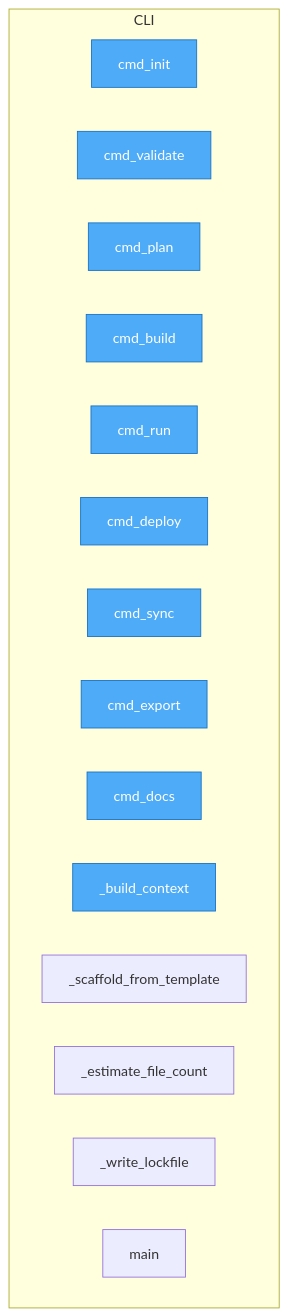
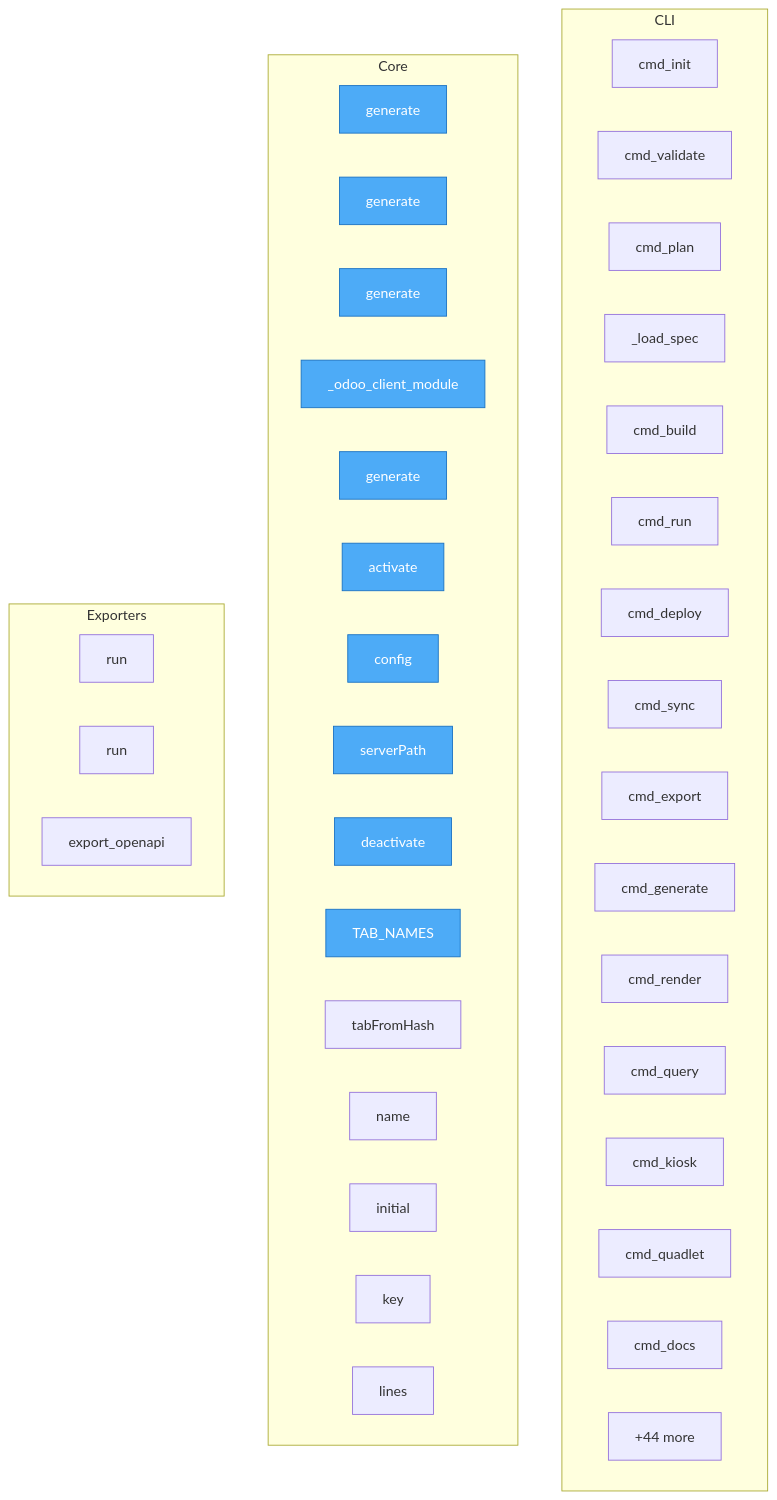
One commit to oqlos/doql changed the diagram in project/flow.mmd. Above: the diagram before and after it, drawn with Mermaid. The commit also changed 44 other files, not shown here.

```diff
--- a/project/flow.mmd
+++ b/project/flow.mmd
@@ -1,23 +1,50 @@
 flowchart TD
 
     %% Entry points (blue)
     classDef entry fill:#4dabf7,stroke:#1971c2,color:#fff
 
     subgraph CLI
         doql__cli__cmd_init["cmd_init"]
         doql__cli__cmd_validate["cmd_validate"]
         doql__cli__cmd_plan["cmd_plan"]
+        doql__cli___load_spec["_load_spec"]
         doql__cli__cmd_build["cmd_build"]
         doql__cli__cmd_run["cmd_run"]
         doql__cli__cmd_deploy["cmd_deploy"]
         doql__cli__cmd_sync["cmd_sync"]
         doql__cli__cmd_export["cmd_export"]
+        doql__cli__cmd_generate["cmd_generate"]
+        doql__cli__cmd_render["cmd_render"]
+        doql__cli__cmd_query["cmd_query"]
+        doql__cli__cmd_kiosk["cmd_kiosk"]
+        doql__cli__cmd_quadlet["cmd_quadlet"]
         doql__cli__cmd_docs["cmd_docs"]
-        doql__cli___build_context["_build_context"]
-        doql__cli___scaffold_from_template["_scaffold_from_template"]
-        doql__cli___estimate_file_count["_estimate_file_count"]
-        doql__cli___write_lockfile["_write_lockfile"]
-        doql__cli__main["main"]
+        ...["+8 more"]
     end
 
-    class doql__cli__cmd_init,doql__cli__cmd_validate,doql__cli__cmd_plan,doql__cli__cmd_build,doql__cli__cmd_run,doql__cli__cmd_deploy,doql__cli__cmd_sync,doql__cli__cmd_export,doql__cli__cmd_docs,doql__cli___build_context entry
+    subgraph Core
+        plugins__doql_plugin_iso17025__doql_plugin_iso17025__generate["generate"]
+        plugins__doql_plugin_fleet__doql_plugin_fleet__generate["generate"]
+        plugins__doql_plugin_gxp__doql_plugin_gxp__generate["generate"]
+        plugins__doql_plugin_erp__doql_plugin_erp___odoo_client_module["_odoo_client_module"]
+        plugins__doql_plugin_erp__doql_plugin_erp__generate["generate"]
+        vscode_doql__src__extension__activate["activate"]
+        vscode_doql__src__extension__config["config"]
+        vscode_doql__src__extension__serverPath["serverPath"]
+        vscode_doql__src__extension__deactivate["deactivate"]
+        playground__app__TAB_NAMES["TAB_NAMES"]
+        playground__app__tabFromHash["tabFromHash"]
+        playground__app__name["name"]
+        playground__app__initial["initial"]
+        playground__app__key["key"]
+        playground__app__lines["lines"]
+        ...["+44 more"]
+    end
+
+    subgraph Exporters
+        doql__generators__export_postman__run["run"]
+        doql__generators__export_ts_sdk__run["run"]
+        doql__generators__api_gen__export_openapi["export_openapi"]
+    end
+
+    class plugins__doql_plugin_iso17025__doql_plugin_iso17025__generate,plugins__doql_plugin_fleet__doql_plugin_fleet__generate,plugins__doql_plugin_gxp__doql_plugin_gxp__generate,plugins__doql_plugin_erp__doql_plugin_erp___odoo_client_module,plugins__doql_plugin_erp__doql_plugin_erp__generate,vscode_doql__src__extension__activate,vscode_doql__src__extension__config,vscode_doql__src__extension__serverPath,vscode_doql__src__extension__deactivate,playground__app__TAB_NAMES entry
```
